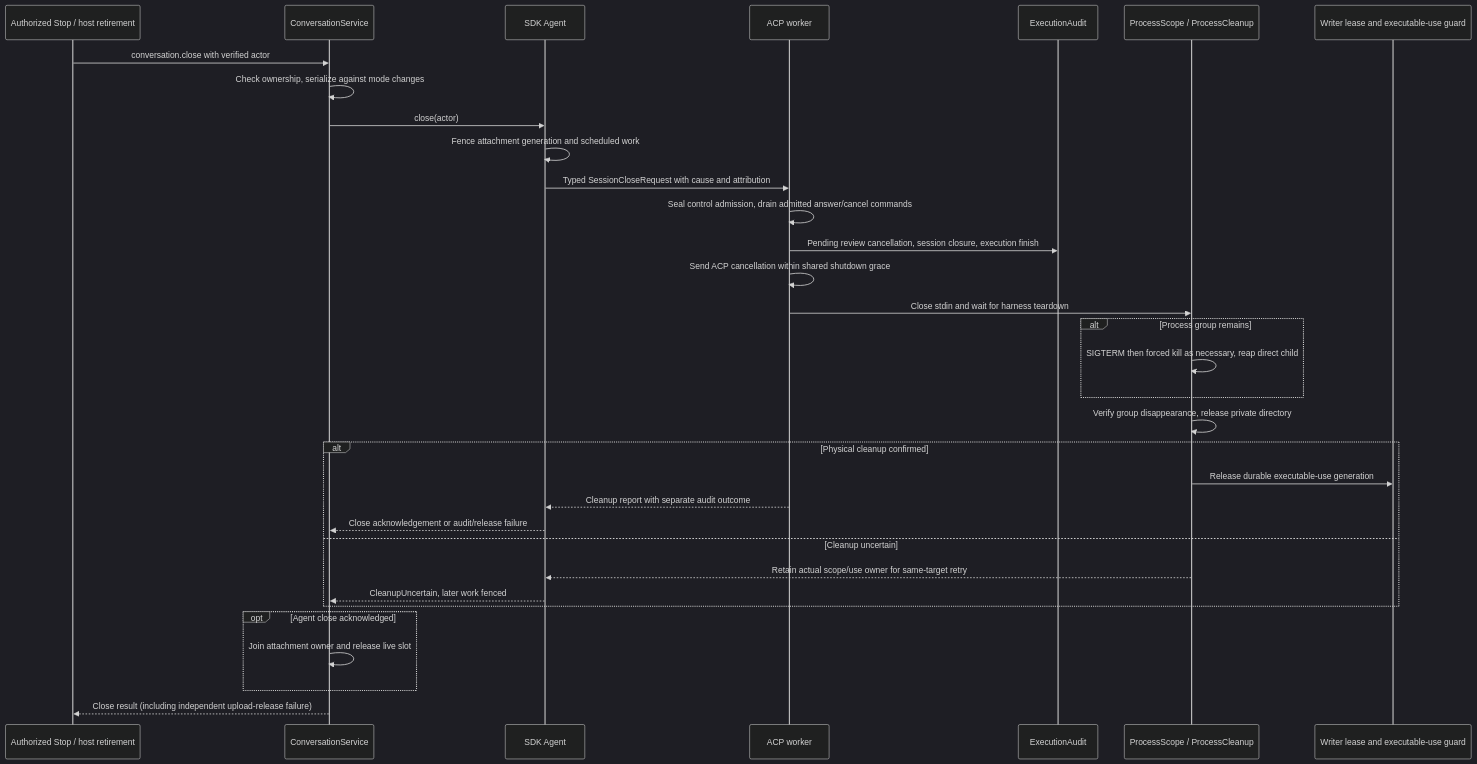
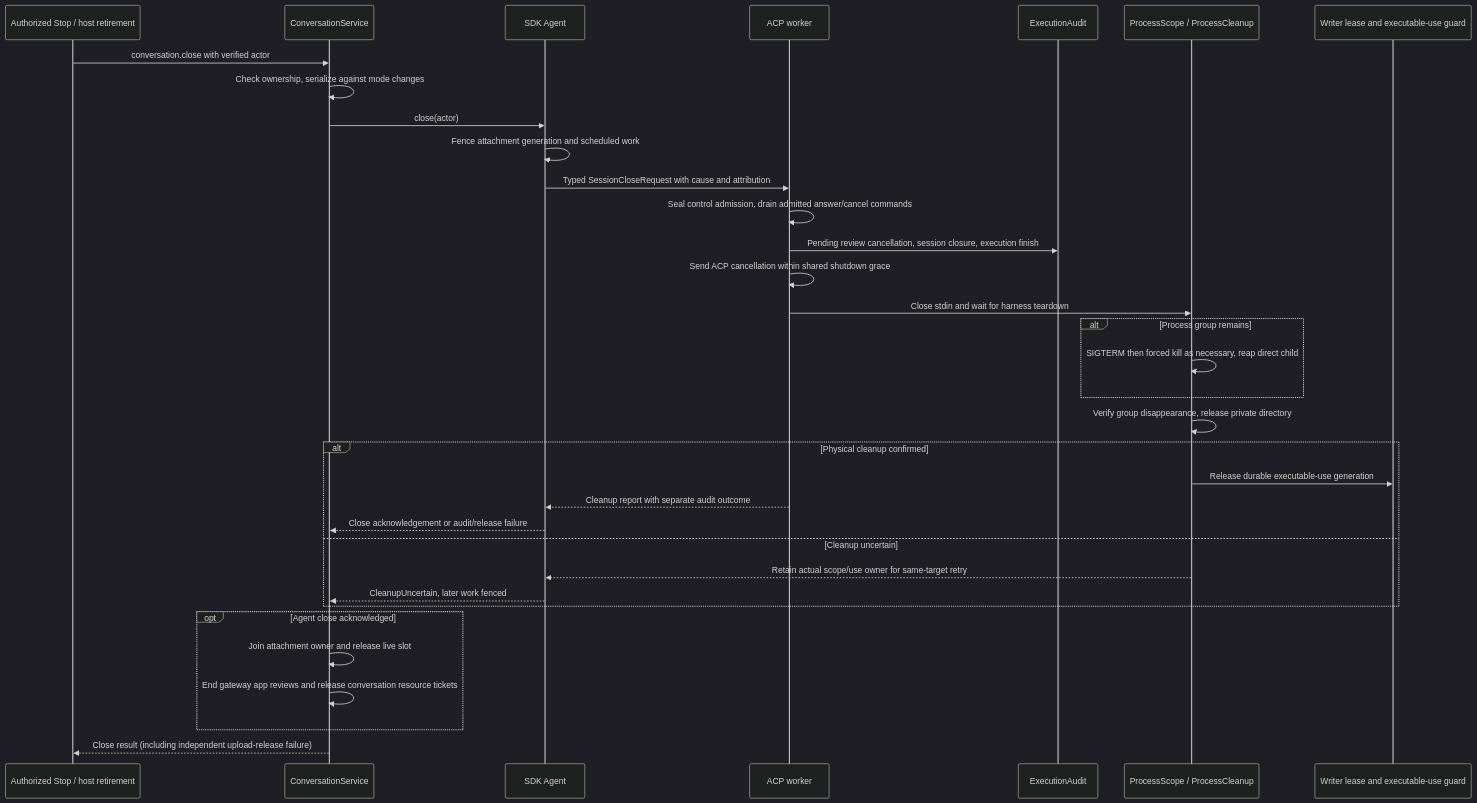
The tenth of 12 diagrams in docs/mapping/features/runtime.md (nessalabs/nessa-agent), drawn with Mermaid (dark theme) before and after one commit. The commit also changed other lines of this file and 2 other files, not shown here.

Commit message:
docs: refresh MCP App backend flows for current main

````diff
--- a/docs/mapping/features/runtime.md
+++ b/docs/mapping/features/runtime.md
@@ -579,35 +724,36 @@
 ```mermaid
 sequenceDiagram
     participant Caller as Authorized Stop / host retirement
     participant Service as ConversationService
     participant Agent as SDK Agent
     participant Worker as ACP worker
     participant Audit as ExecutionAudit
     participant Scope as ProcessScope / ProcessCleanup
     participant Store as Writer lease and executable-use guard
     Caller->>Service: conversation.close with verified actor
     Service->>Service: Check ownership, serialize against mode changes
     Service->>Agent: close(actor)
     Agent->>Agent: Fence attachment generation and scheduled work
     Agent->>Worker: Typed SessionCloseRequest with cause and attribution
     Worker->>Worker: Seal control admission, drain admitted answer/cancel commands
     Worker->>Audit: Pending review cancellation, session closure, execution finish
     Worker->>Worker: Send ACP cancellation within shared shutdown grace
     Worker->>Scope: Close stdin and wait for harness teardown
     alt Process group remains
         Scope->>Scope: SIGTERM then forced kill as necessary, reap direct child
     end
     Scope->>Scope: Verify group disappearance, release private directory
     alt Physical cleanup confirmed
         Scope->>Store: Release durable executable-use generation
         Worker-->>Agent: Cleanup report with separate audit outcome
         Agent-->>Service: Close acknowledgement or audit/release failure
     else Cleanup uncertain
         Scope-->>Agent: Retain actual scope/use owner for same-target retry
         Agent-->>Service: CleanupUncertain, later work fenced
     end
     opt Agent close acknowledged
         Service->>Service: Join attachment owner and release live slot
+        Service->>Service: End gateway app reviews and release conversation resource tickets
     end
     Service-->>Caller: Close result (including independent upload-release failure)
 ```
````
